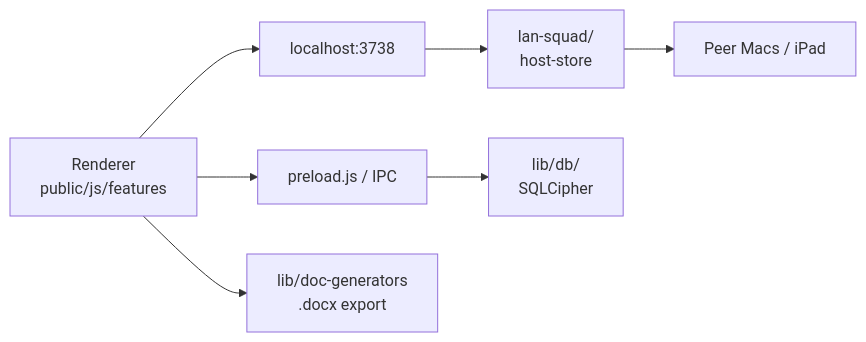
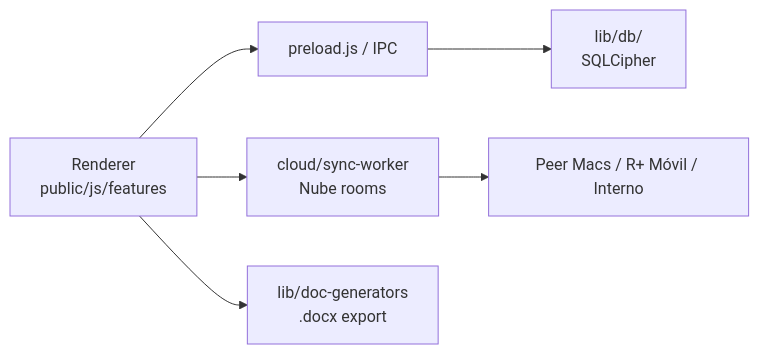
One commit to mausalas99/r-mas changed the diagram in docs/core/00-system-index.md. Above: the diagram before and after it, drawn with Mermaid. The commit also changed other lines of this file and 1448 other files, not shown here.

````diff
--- a/docs/core/00-system-index.md
+++ b/docs/core/00-system-index.md
@@ -23,9 +23,8 @@
 ```mermaid
 flowchart LR
   UI["Renderer<br/>public/js/features"] --> IPC["preload.js / IPC"]
-  UI --> HTTP["localhost:3738"]
-  HTTP --> LAN["lan-squad/<br/>host-store"]
+  UI --> Nube["cloud/sync-worker<br/>Nube rooms"]
   IPC --> DB["lib/db/<br/>SQLCipher"]
-  LAN --> Peers["Peer Macs / iPad"]
+  Nube --> Peers["Peer Macs / R+ Móvil / Interno"]
   UI --> Docs["lib/doc-generators<br/>.docx export"]
 ```
````
